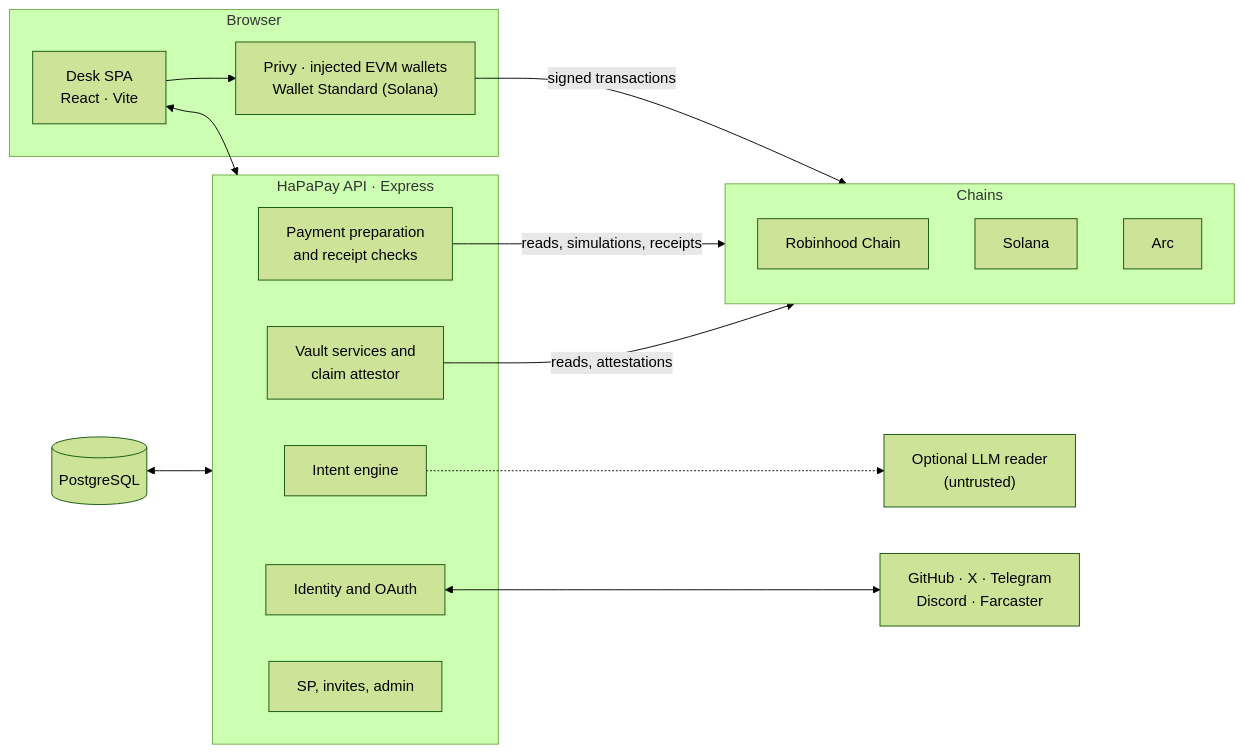
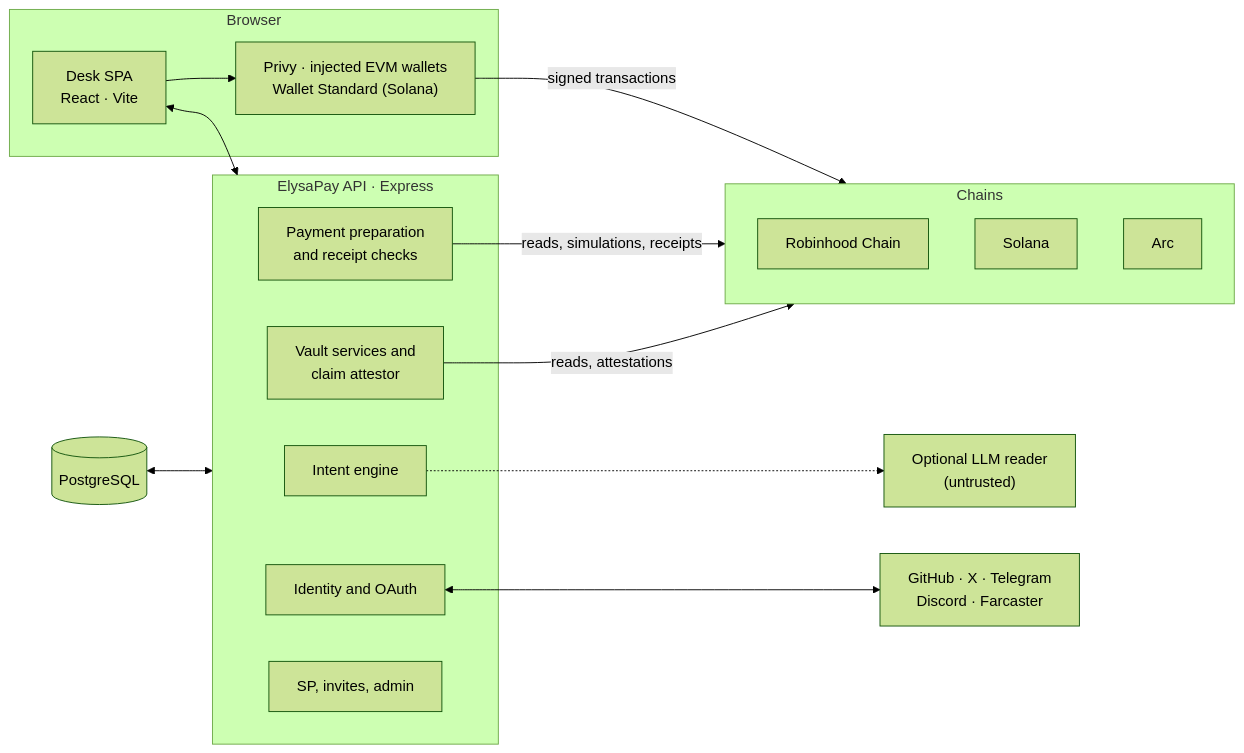
The fourth of 4 diagrams in README.md (furkan3152/HaPaPay), drawn with Mermaid (forest theme) before and after one commit. The commit also changed other lines of this file and 123 other files, not shown here.

First line of the commit message:
ElysaPay: rebuild around Elysium with HYPE payments, admin console and new design

````diff
--- a/README.md
+++ b/README.md
@@ -218,30 +243,30 @@
 ```mermaid
 flowchart LR
     subgraph Browser
         Desk["Desk SPA<br/>React · Vite"]
         Wallets["Privy · injected EVM wallets<br/>Wallet Standard (Solana)"]
     end
-    subgraph Server["HaPaPay API · Express"]
+    subgraph Server["ElysaPay API · Express"]
         Chat["Intent engine"]
         Identity["Identity and OAuth"]
         Pay["Payment preparation<br/>and receipt checks"]
         Vaults["Vault services and<br/>claim attestor"]
         Points["SP, invites, admin"]
     end
     DB[("PostgreSQL")]
     LLM["Optional LLM reader<br/>(untrusted)"]
     Providers["GitHub · X · Telegram<br/>Discord · Farcaster"]
     subgraph Chains
         RHC["Robinhood Chain"]
         SOL["Solana"]
         ARC["Arc"]
     end
     Desk <--> Server
     Desk --> Wallets
     Wallets -- "signed transactions" --> Chains
     Chat -.-> LLM
     Identity <--> Providers
     DB <--> Server
     Pay -- "reads, simulations, receipts" --> Chains
     Vaults -- "reads, attestations" --> Chains
 ```
````
